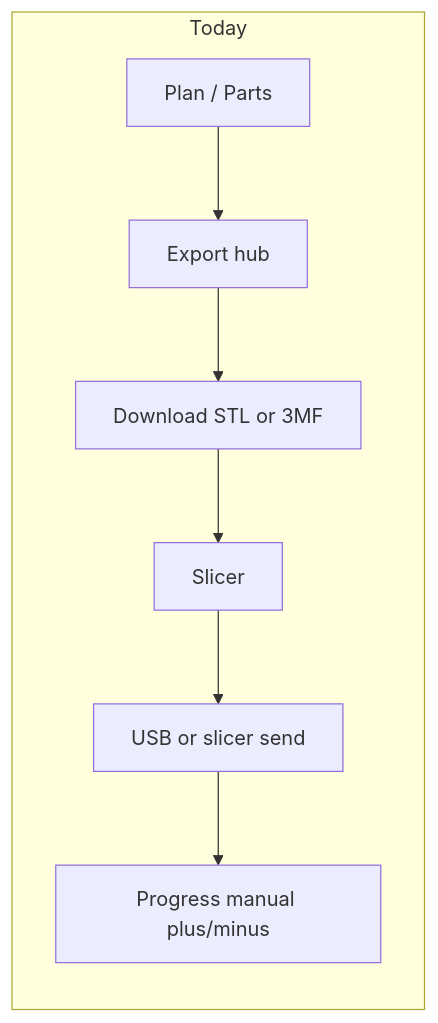
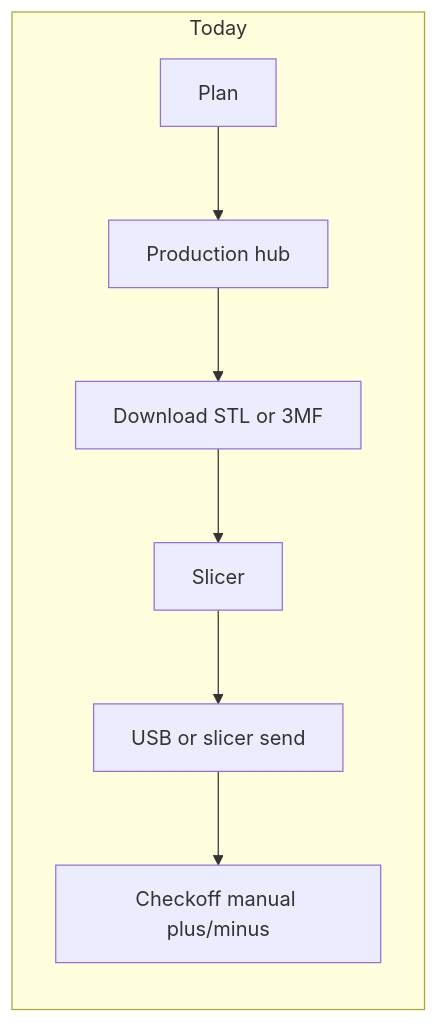
One commit to poitee/PrintPartnerPartner changed the first of 3 diagrams in docs/integrations/PRINTER_UX.md. Above: the diagram before and after it, drawn with Mermaid. The commit also changed other lines of this file and 15 other files, not shown here.

First line of the commit message:
docs: align public guides with Builds → Sources → Plan → Checkoff → Production

````diff
--- a/docs/integrations/PRINTER_UX.md
+++ b/docs/integrations/PRINTER_UX.md
@@ -15,10 +15,10 @@
 ```mermaid
 flowchart LR
   subgraph today [Today]
-    Plan1[Plan / Parts] --> Exp1[Export hub]
+    Plan1[Plan] --> Exp1[Production hub]
     Exp1 --> DL[Download STL or 3MF]
     DL --> Slicer1[Slicer]
     Slicer1 --> USB[USB or slicer send]
-    USB --> Prog1[Progress manual plus/minus]
+    USB --> Prog1[Checkoff manual plus/minus]
   end
 ```
````
